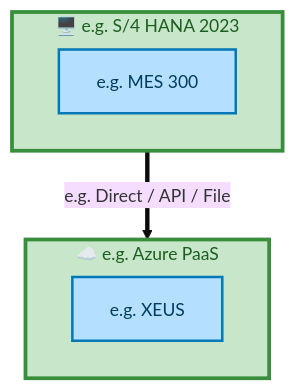
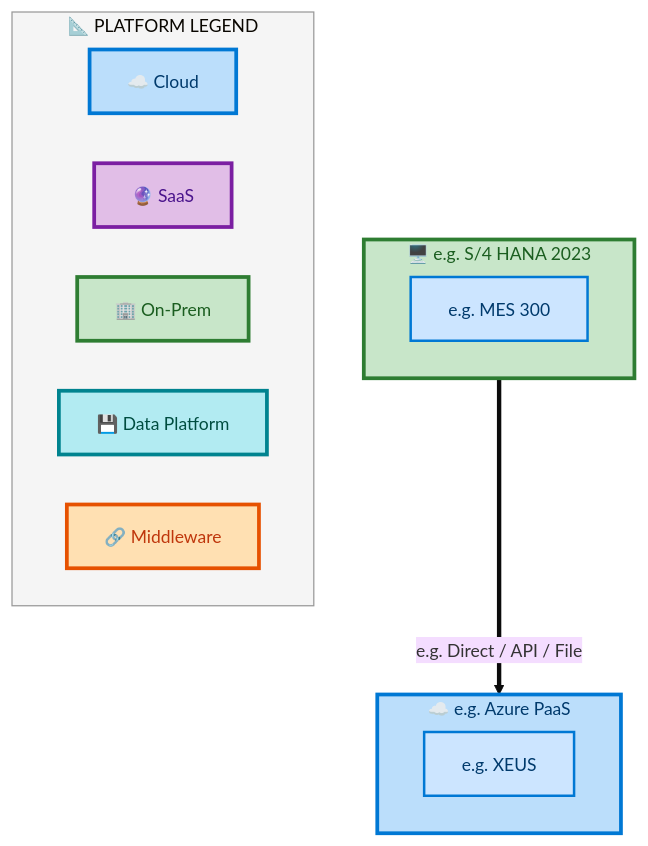
Before and after one commit to sajivfrancis777/IAO-Architecture: the sixth of 7 diagrams in towers/E2E/Procure to Pay/E2E-123/output/docs/systems-architecture/E2E-123-Architecture.md, drawn with Mermaid. The commit also changed other lines of this file and 394 other files, not shown here.

First line of the commit message:
feat: structured layer ordering for Mermaid architecture diagrams

````diff
--- a/towers/E2E/Procure to Pay/E2E-123/output/docs/systems-architecture/E2E-123-Architecture.md
+++ b/towers/E2E/Procure to Pay/E2E-123/output/docs/systems-architecture/E2E-123-Architecture.md
@@ -567,22 +583,36 @@
 ```mermaid
 %%{init: {"theme": "base", "securityLevel": "loose", "themeVariables": {"fontSize": "14px", "fontFamily": "Segoe UI, Arial"}, "flowchart": {"useMaxWidth": false, "htmlLabels": true, "nodeSpacing": 40, "rankSpacing": 50}} }%%
 flowchart TB
-    classDef appBox fill:#B5DFFF,stroke:#0077B6,stroke-width:2px,color:#003D5B
-    classDef platBox fill:#C8E6C9,stroke:#388E3C,stroke-width:3px,color:#1B5E20
-    classDef eolBox fill:#FFB5B5,stroke:#CC0000,stroke-width:2px,color:#660000
+    classDef appBox fill:#CCE5FF,stroke:#0078D4,stroke-width:2px,color:#003A6C
+    classDef platBox fill:#C8E6C9,stroke:#2E7D32,stroke-width:3px,color:#1B5E20
+    classDef eolBox fill:#FFCDD2,stroke:#C62828,stroke-width:2px,color:#B71C1C
 
     subgraph E2E123CPLP_e_g_Azure_PaaS["☁️ e.g. Azure PaaS"]
         direction LR
         E2E123CPLA_e_g_XEUS["e.g. XEUS"]:::appBox
     end
-    style E2E123CPLP_e_g_Azure_PaaS fill:#C8E6C9,stroke:#388E3C,stroke-width:3px,color:#1B5E20
+    style E2E123CPLP_e_g_Azure_PaaS fill:#BBDEFB,stroke:#0078D4,stroke-width:3px,color:#003A6C
 
     subgraph E2E123CPLP_e_g_S_4_HANA_2023["🖥️ e.g. S/4 HANA 2023"]
         direction LR
         E2E123CPLA_e_g_MES_300["e.g. MES 300"]:::appBox
     end
-    style E2E123CPLP_e_g_S_4_HANA_2023 fill:#C8E6C9,stroke:#388E3C,stroke-width:3px,color:#1B5E20
+    style E2E123CPLP_e_g_S_4_HANA_2023 fill:#C8E6C9,stroke:#2E7D32,stroke-width:3px,color:#1B5E20
 
     E2E123CPLP_e_g_S_4_HANA_2023 ==>|"e.g. Direct / API / File"| E2E123CPLP_e_g_Azure_PaaS
 
+    subgraph E2E123CPLLegend["📐 PLATFORM LEGEND"]
+        direction LR
+        E2E123CPLLC["☁️ Cloud"]
+        E2E123CPLLS["🔮 SaaS"]
+        E2E123CPLLO["🏢 On-Prem"]
+        E2E123CPLLD["💾 Data Platform"]
+        E2E123CPLLM["🔗 Middleware"]
+    end
+    style E2E123CPLLegend fill:#F5F5F5,stroke:#999,stroke-width:1px
+    style E2E123CPLLC fill:#BBDEFB,stroke:#0078D4,stroke-width:3px,color:#003A6C
+    style E2E123CPLLS fill:#E1BEE7,stroke:#7B1FA2,stroke-width:3px,color:#4A148C
+    style E2E123CPLLO fill:#C8E6C9,stroke:#2E7D32,stroke-width:3px,color:#1B5E20
+    style E2E123CPLLD fill:#B2EBF2,stroke:#00838F,stroke-width:3px,color:#004D40
+    style E2E123CPLLM fill:#FFE0B2,stroke:#E65100,stroke-width:3px,color:#BF360C
 ```
````
